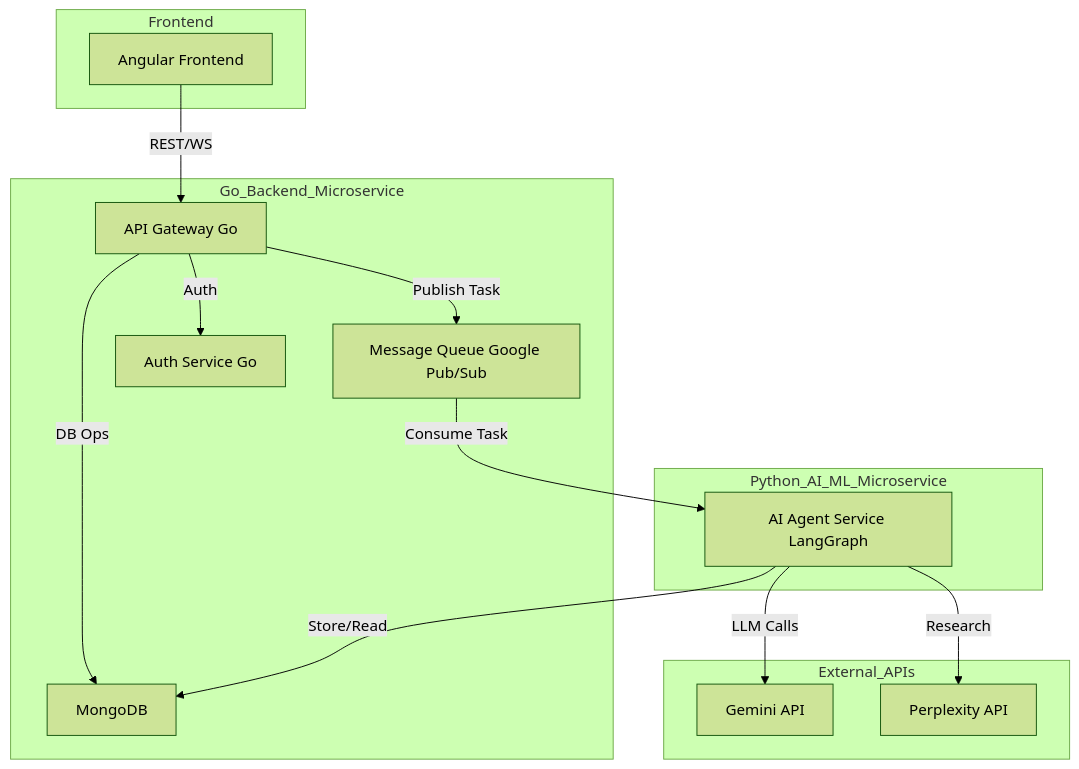
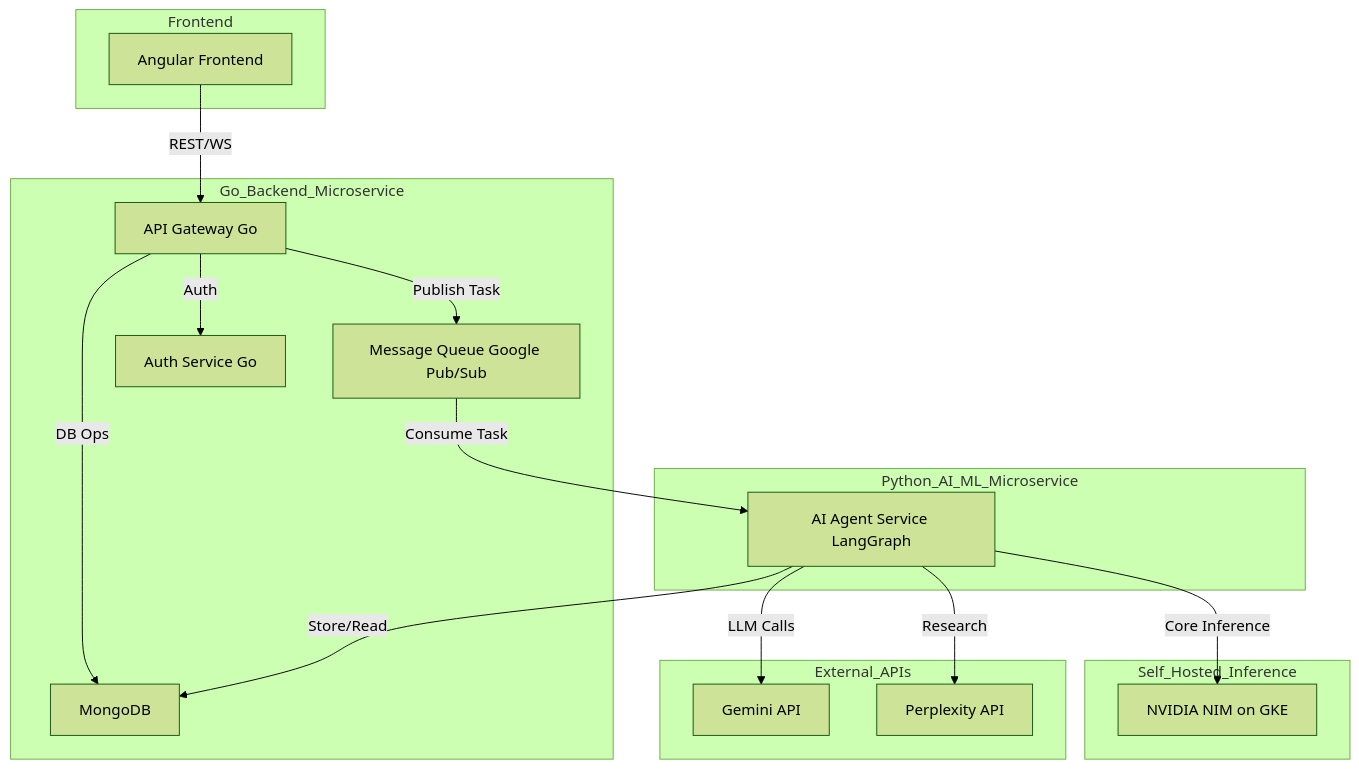
One commit to SakshamKapoor2911/MedInsight changed the diagram in README.md. Above: the diagram before and after it, drawn with Mermaid (forest theme). The commit also changed other lines of this file, not shown here.

Commit message:
Updated Plan to move to NIM on GKE, and use Google Cloud Build for CI/CD

````diff
--- a/README.md
+++ b/README.md
@@ -39,37 +41,42 @@
 ```mermaid
 graph TB
     A[Angular Frontend]
     B[API Gateway Go]
     C[Message Queue Google Pub/Sub]
     D[AI Agent Service LangGraph]
     E[MongoDB]
     F[Auth Service Go]
+    N[NVIDIA NIM on GKE]
     I[Gemini API]
     J[Perplexity API]
 
     A --> |REST/WS| B
     B --> |Auth| F
     B --> |DB Ops| E
     B --> |Publish Task| C
     C --> |Consume Task| D
+    D --> |Core Inference| N
     D --> |LLM Calls| I
     D --> |Research| J
     D --> |Store/Read| E
 
     subgraph Frontend
         A
     end
     subgraph Go_Backend_Microservice
         B
         C
         F
         E
     end
     subgraph Python_AI_ML_Microservice
         D
     end
+    subgraph Self_Hosted_Inference
+        N
+    end
     subgraph External_APIs
         I
         J
     end
 ```
````
